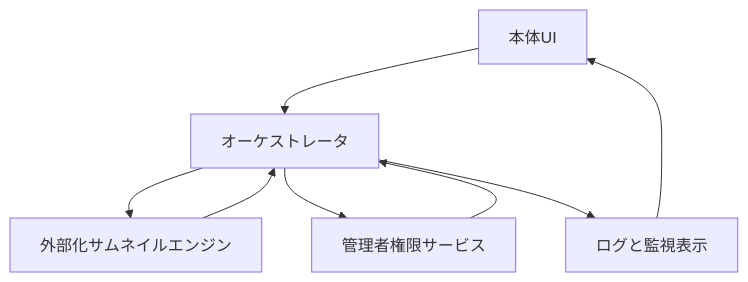
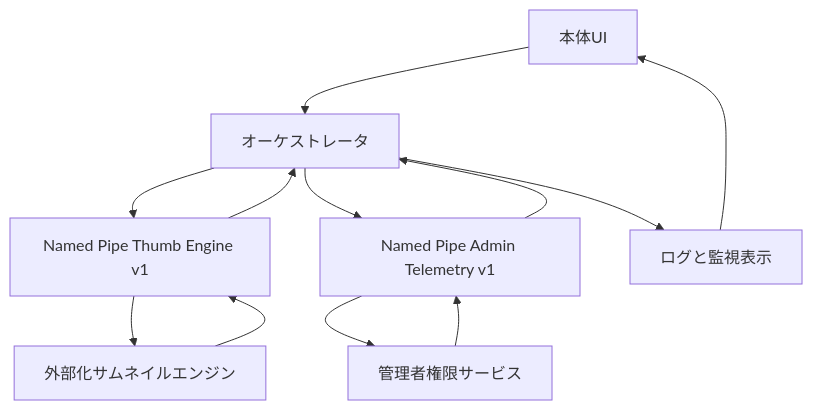
Before and after one commit to T-Hamada0101/IndigoMovieManager_fork: the diagram in Thumbnail/設計メモ_サムネイルサービスIPC構成図_2026-03-06.md, drawn with Mermaid. The commit also changed other lines of this file and 36 other files, not shown here.

````diff
--- a/Thumbnail/設計メモ_サムネイルサービスIPC構成図_2026-03-06.md
+++ b/Thumbnail/設計メモ_サムネイルサービスIPC構成図_2026-03-06.md
@@ -21,16 +21,22 @@
 ```mermaid
 flowchart TD
     UI["本体UI"];
     ORCH["オーケストレータ"];
+    ENGPIPE["Named Pipe Thumb Engine v1"];
     ENG["外部化サムネイルエンジン"];
+    SVCPIPE["Named Pipe Admin Telemetry v1"];
     SVC["管理者権限サービス"];
     LOG["ログと監視表示"];
 
     UI --> ORCH;
-    ORCH --> ENG;
-    ENG --> ORCH;
-    ORCH --> SVC;
-    SVC --> ORCH;
+    ORCH --> ENGPIPE;
+    ENGPIPE --> ENG;
+    ENG --> ENGPIPE;
+    ENGPIPE --> ORCH;
+    ORCH --> SVCPIPE;
+    SVCPIPE --> SVC;
+    SVC --> SVCPIPE;
+    SVCPIPE --> ORCH;
     ORCH --> LOG;
     LOG --> UI;
 ```
````
